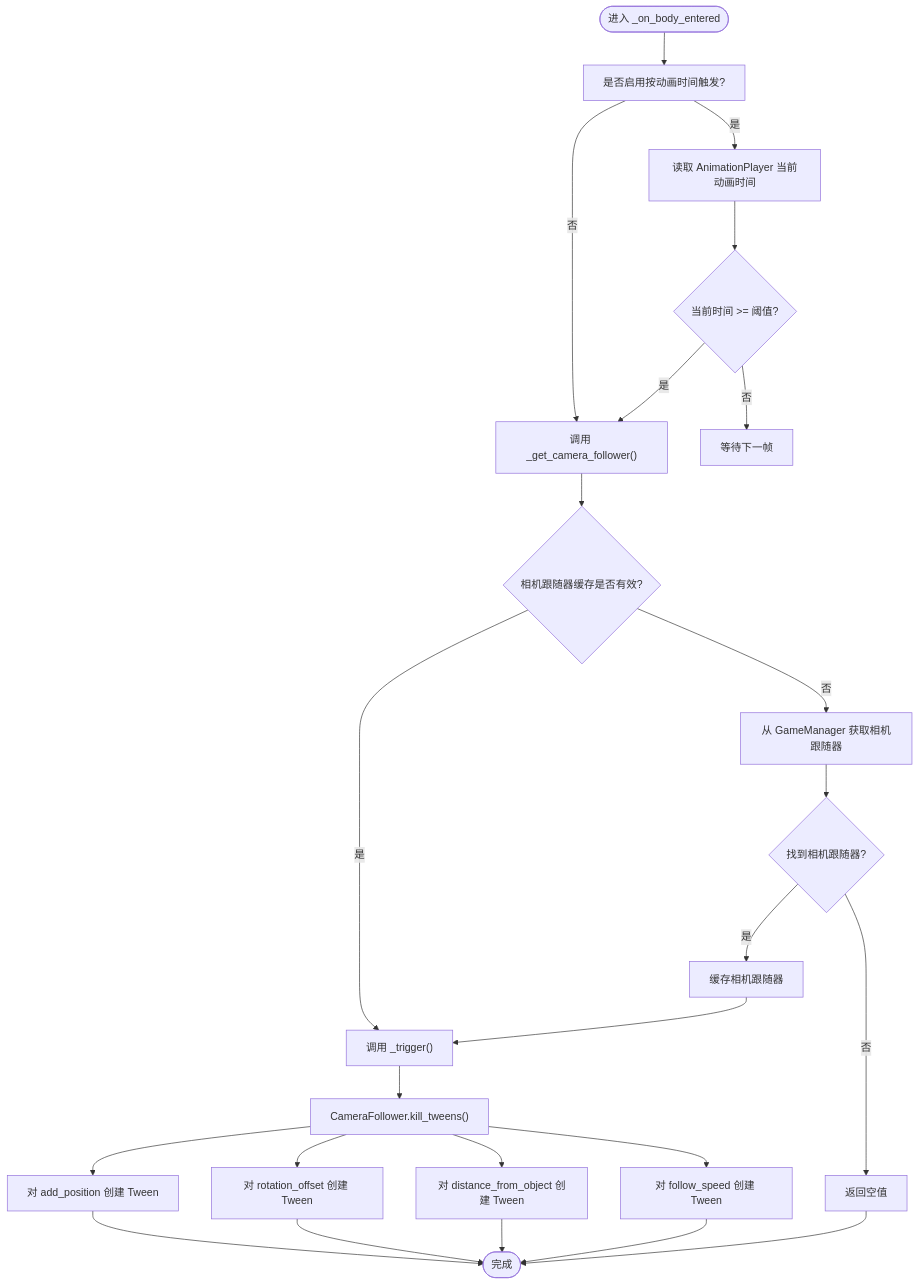
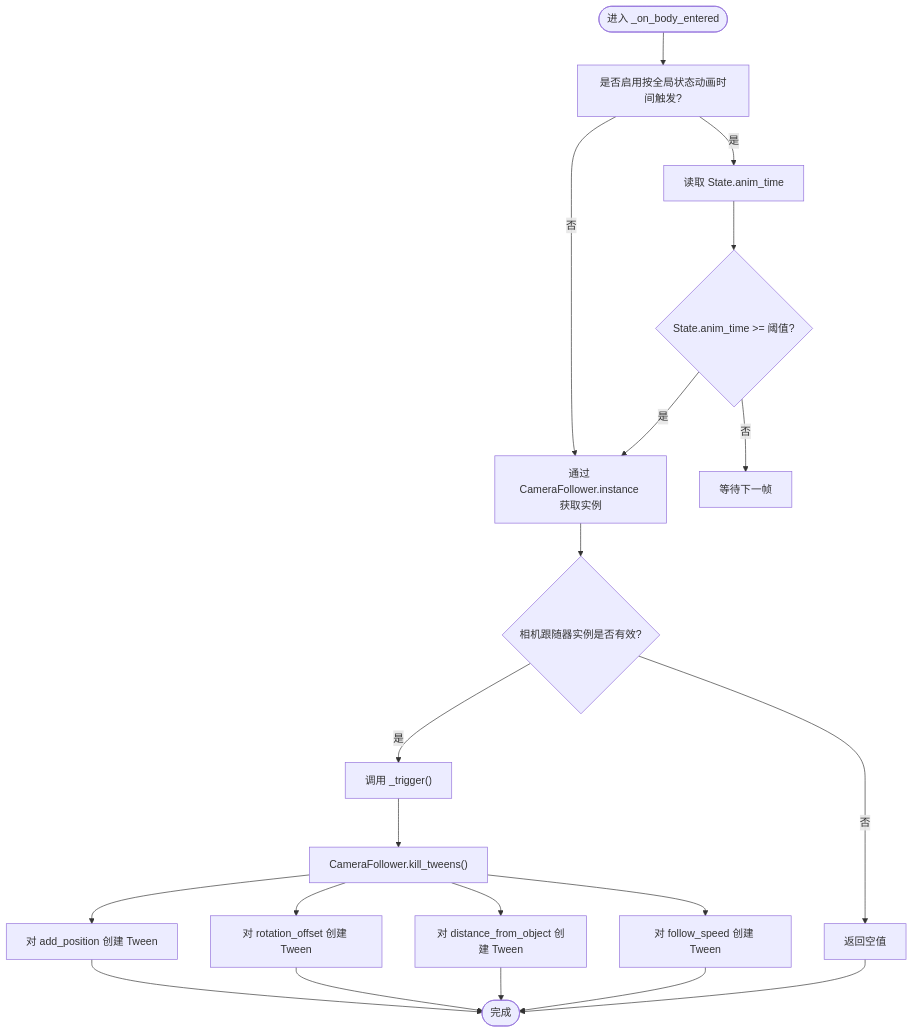
Before and after one commit to godotline/godot-line: the third of 7 diagrams in .qoder/repowiki/zh/content/游戏系统/触发器系统/相机触发器.md, drawn with Mermaid. The commit also changed other lines of this file and 10 other files, not shown here.

````diff
--- a/.qoder/repowiki/zh/content/游戏系统/触发器系统/相机触发器.md
+++ b/.qoder/repowiki/zh/content/游戏系统/触发器系统/相机触发器.md
@@ -214,25 +207,22 @@
 ```mermaid
 flowchart TD
-Start(["进入 _on_body_entered"]) --> CheckTime["是否启用按动画时间触发?"]
-CheckTime --> |否| GetFollower["调用 _get_camera_follower()"]
-CheckTime --> |是| ReadAnim["读取 AnimationPlayer 当前动画时间"]
-ReadAnim --> Compare{"当前时间 >= 阈值?"}
+Start(["进入 _on_body_entered"]) --> CheckTime["是否启用按全局状态动画时间触发?"]
+CheckTime --> |否| GetFollower["通过 CameraFollower.instance 获取实例"]
+CheckTime --> |是| ReadState["读取 State.anim_time"]
+ReadState --> Compare{"State.anim_time >= 阈值?"}
 Compare --> |是| GetFollower
 Compare --> |否| Wait["等待下一帧"]
-GetFollower --> CacheCheck{"相机跟随器缓存是否有效?"}
+GetFollower --> CacheCheck{"相机跟随器实例是否有效?"}
 CacheCheck --> |是| DoTrigger["调用 _trigger()"]
-CacheCheck --> |否| FindFromGM["从 GameManager 获取相机跟随器"]
-FindFromGM --> Valid{"找到相机跟随器?"}
-Valid --> |是| Cache["缓存相机跟随器"] --> DoTrigger
-Valid --> |否| Return["返回空值"]
+CacheCheck --> |否| Return["返回空值"]
 DoTrigger --> KillTweens["CameraFollower.kill_tweens()"]
 KillTweens --> TweenPos["对 add_position 创建 Tween"]
 KillTweens --> TweenRot["对 rotation_offset 创建 Tween"]
 KillTweens --> TweenDist["对 distance_from_object 创建 Tween"]
 KillTweens --> TweenSpeed["对 follow_speed 创建 Tween"]
 TweenPos --> End(["完成"])
 TweenRot --> End
 TweenDist --> End
 TweenSpeed --> End
 Return --> End
 ```
````
